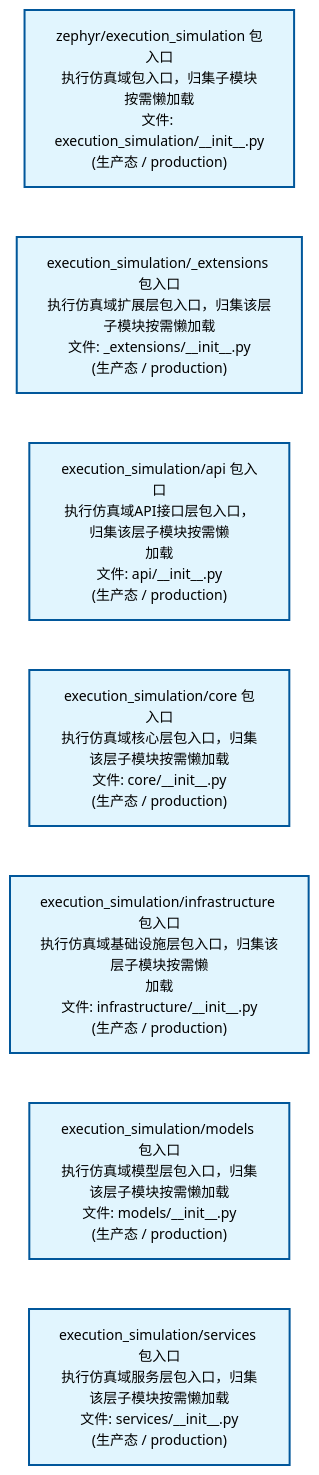
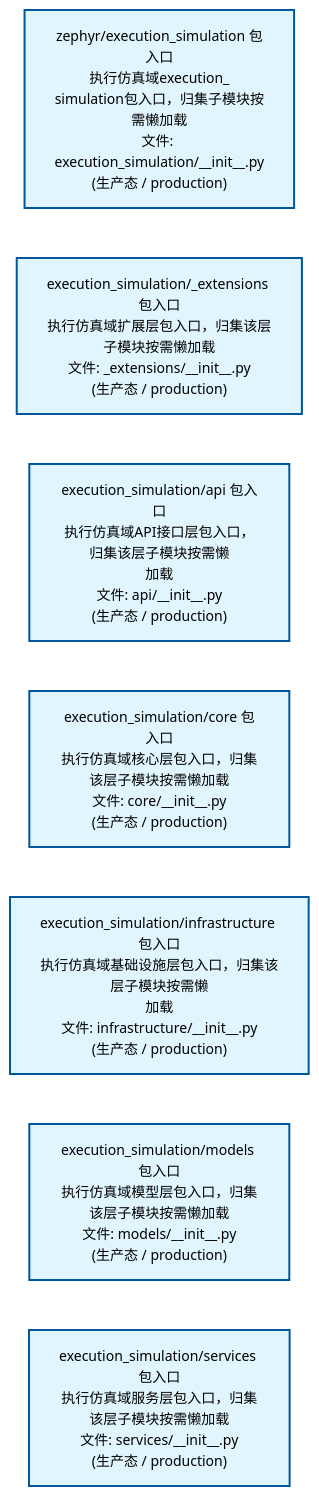
One commit to xuanFelixVan/ZephyrAlpha changed the second of 2 diagrams in docs/02_enterprise_architecture/02_domain_architecture_docs/43_d_exec_sim.md. Above: the diagram before and after it, drawn with Mermaid. The commit also changed other lines of this file and 60 other files, not shown here.

````diff
--- a/docs/02_enterprise_architecture/02_domain_architecture_docs/43_d_exec_sim.md
+++ b/docs/02_enterprise_architecture/02_domain_architecture_docs/43_d_exec_sim.md
@@ -80,22 +80,22 @@
 ```mermaid
 %%{init: {'theme': 'base', 'themeVariables': {'primaryColor': '#eaeaea', 'primaryTextColor': '#333333', 'primaryBorderColor': '#666666', 'lineColor': '#666666', 'secondaryColor': '#eaeaea', 'tertiaryColor': '#eaeaea', 'fontSize': '14px'}}}%%
 flowchart TD
-    src_zephyr_execution_simulation_init_py["zephyr/execution_simulation 包入口<br/>执行仿真域包入口，归集子模块按需懒加载<br/>文件: execution_simulation/__init__.py<br/>(生产态 / production)"]
+    src_zephyr_execution_simulation_init_py["zephyr/execution_simulation 包入口<br/>执行仿真域execution_<br/>simulation包入口，归集子模块按需懒加载<br/>文件: execution_simulation/__init__.py<br/>(生产态 / production)"]
     src_zephyr_execution_simulation_extensions_init_py["execution_simulation/_extensions 包入口<br/>执行仿真域扩展层包入口，归集该层子模块按需懒加载<br/>文件: _extensions/__init__.py<br/>(生产态 / production)"]
     src_zephyr_execution_simulation_api_init_py["execution_simulation/api 包入口<br/>执行仿真域API接口层包入口，归集该层子模块按需懒<br/>加载<br/>文件: api/__init__.py<br/>(生产态 / production)"]
     src_zephyr_execution_simulation_core_init_py["execution_simulation/core 包入口<br/>执行仿真域核心层包入口，归集该层子模块按需懒加载<br/>文件: core/__init__.py<br/>(生产态 / production)"]
     src_zephyr_execution_simulation_infrastructure_init_py["execution_simulation/infrastructure 包入口<br/>执行仿真域基础设施层包入口，归集该层子模块按需懒<br/>加载<br/>文件: infrastructure/__init__.py<br/>(生产态 / production)"]
     src_zephyr_execution_simulation_models_init_py["execution_simulation/models 包入口<br/>执行仿真域模型层包入口，归集该层子模块按需懒加载<br/>文件: models/__init__.py<br/>(生产态 / production)"]
     src_zephyr_execution_simulation_services_init_py["execution_simulation/services 包入口<br/>执行仿真域服务层包入口，归集该层子模块按需懒加载<br/>文件: services/__init__.py<br/>(生产态 / production)"]
     src_zephyr_execution_simulation_init_py ~~~ src_zephyr_execution_simulation_extensions_init_py
     src_zephyr_execution_simulation_extensions_init_py ~~~ src_zephyr_execution_simulation_api_init_py
     src_zephyr_execution_simulation_api_init_py ~~~ src_zephyr_execution_simulation_core_init_py
     src_zephyr_execution_simulation_core_init_py ~~~ src_zephyr_execution_simulation_infrastructure_init_py
     src_zephyr_execution_simulation_infrastructure_init_py ~~~ src_zephyr_execution_simulation_models_init_py
     src_zephyr_execution_simulation_models_init_py ~~~ src_zephyr_execution_simulation_services_init_py
     classDef production fill:#e1f5fe,stroke:#01579b,stroke-width:2px,color:#000
     classDef design fill:#fff3e0,stroke:#e65100,stroke-width:2px,color:#000,stroke-dasharray: 5 5
     classDef external_prod fill:#e8f4fd,stroke:#0277bd,stroke-width:1px,color:#000
     classDef external_design fill:#fff8e7,stroke:#ef6c00,stroke-width:1px,color:#000,stroke-dasharray: 5 5
     class src_zephyr_execution_simulation_init_py,src_zephyr_execution_simulation_extensions_init_py,src_zephyr_execution_simulation_api_init_py,src_zephyr_execution_simulation_core_init_py,src_zephyr_execution_simulation_infrastructure_init_py,src_zephyr_execution_simulation_models_init_py,src_zephyr_execution_simulation_services_init_py production
 ```
````
